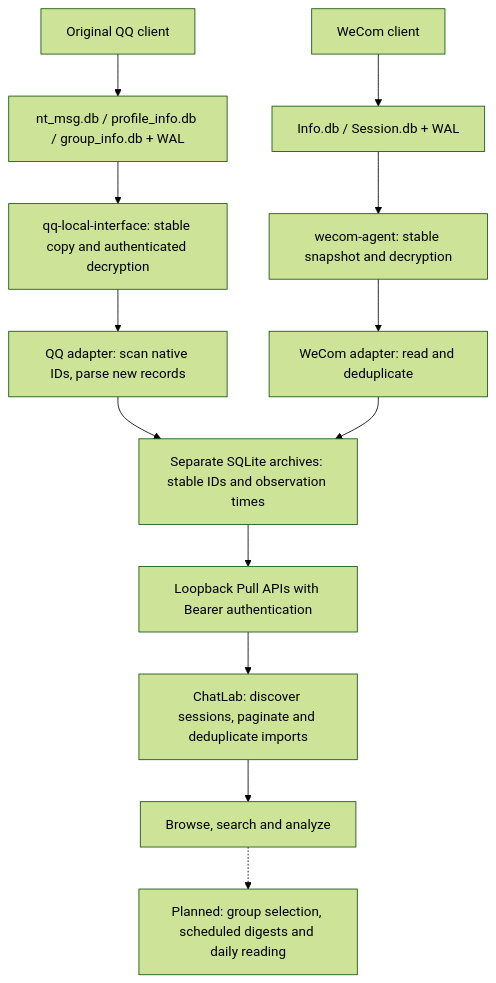
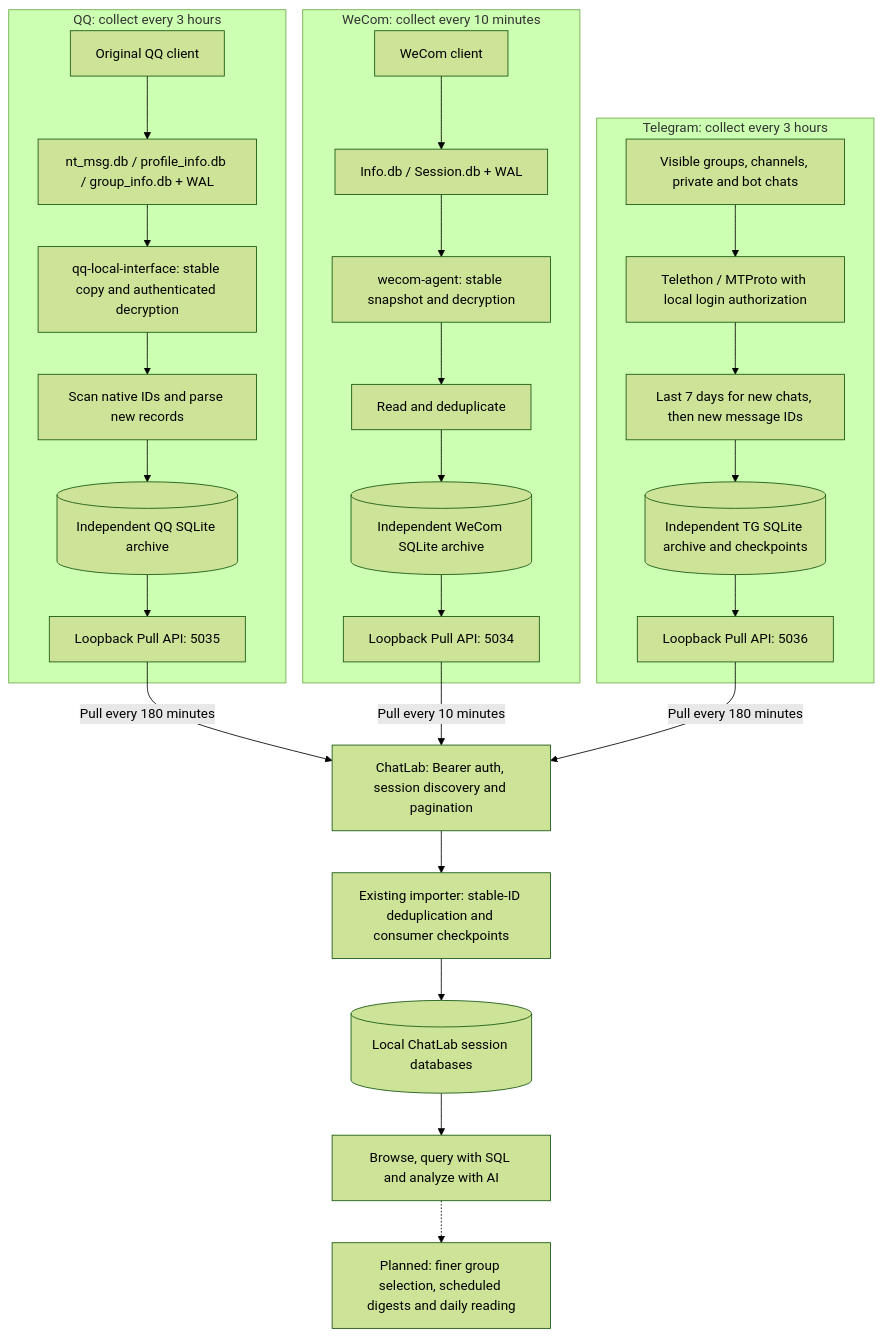
The diagram in README.md (bufferducky/ChatLab), drawn with Mermaid (forest theme) before and after one commit. The commit also changed other lines of this file and 9 other files, not shown here.

Commit message:
feat(integrations): add Telegram collection and update source documentation

````diff
--- a/README.md
+++ b/README.md
@@ -23,15 +25,30 @@
 ```mermaid
 flowchart TD
-    QQ["Original QQ client"] --> QDB["nt_msg.db / profile_info.db / group_info.db + WAL"]
-    QDB --> QR["qq-local-interface: stable copy and authenticated decryption"]
-    QR --> QA["QQ adapter: scan native IDs, parse new records"]
-    WC["WeCom client"] --> WDB["Info.db / Session.db + WAL"]
-    WDB --> WR["wecom-agent: stable snapshot and decryption"]
-    WR --> WA["WeCom adapter: read and deduplicate"]
-    QA --> STORE["Separate SQLite archives: stable IDs and observation times"]
-    WA --> STORE
-    STORE --> API["Loopback Pull APIs with Bearer authentication"]
-    API --> CL["ChatLab: discover sessions, paginate and deduplicate imports"]
-    CL --> USE["Browse, search and analyze"]
-    USE -.-> TODO["Planned: group selection, scheduled digests and daily reading"]
+    subgraph QQ_SOURCE["QQ: collect every 3 hours"]
+        QQ["Original QQ client"] --> QDB["nt_msg.db / profile_info.db / group_info.db + WAL"]
+        QDB --> QR["qq-local-interface: stable copy and authenticated decryption"]
+        QR --> QA["Scan native IDs and parse new records"]
+        QA --> QS[("Independent QQ SQLite archive")]
+        QS --> QAPI["Loopback Pull API: 5035"]
+    end
+    subgraph WECOM_SOURCE["WeCom: collect every 10 minutes"]
+        WC["WeCom client"] --> WDB["Info.db / Session.db + WAL"]
+        WDB --> WR["wecom-agent: stable snapshot and decryption"]
+        WR --> WA["Read and deduplicate"]
+        WA --> WS[("Independent WeCom SQLite archive")]
+        WS --> WAPI["Loopback Pull API: 5034"]
+    end
+    subgraph TG_SOURCE["Telegram: collect every 3 hours"]
+        TG["Visible groups, channels, private and bot chats"] --> TR["Telethon / MTProto with local login authorization"]
+        TR --> TA["Last 7 days for new chats, then new message IDs"]
+        TA --> TS[("Independent TG SQLite archive and checkpoints")]
+        TS --> TAPI["Loopback Pull API: 5036"]
+    end
+    QAPI -->|"Pull every 180 minutes"| CL["ChatLab: Bearer auth, session discovery and pagination"]
+    WAPI -->|"Pull every 10 minutes"| CL
+    TAPI -->|"Pull every 180 minutes"| CL
+    CL --> IMPORT["Existing importer: stable-ID deduplication and consumer checkpoints"]
+    IMPORT --> DB[("Local ChatLab session databases")]
+    DB --> USE["Browse, query with SQL and analyze with AI"]
+    USE -.-> TODO["Planned: finer group selection, scheduled digests and daily reading"]
 ```
````
